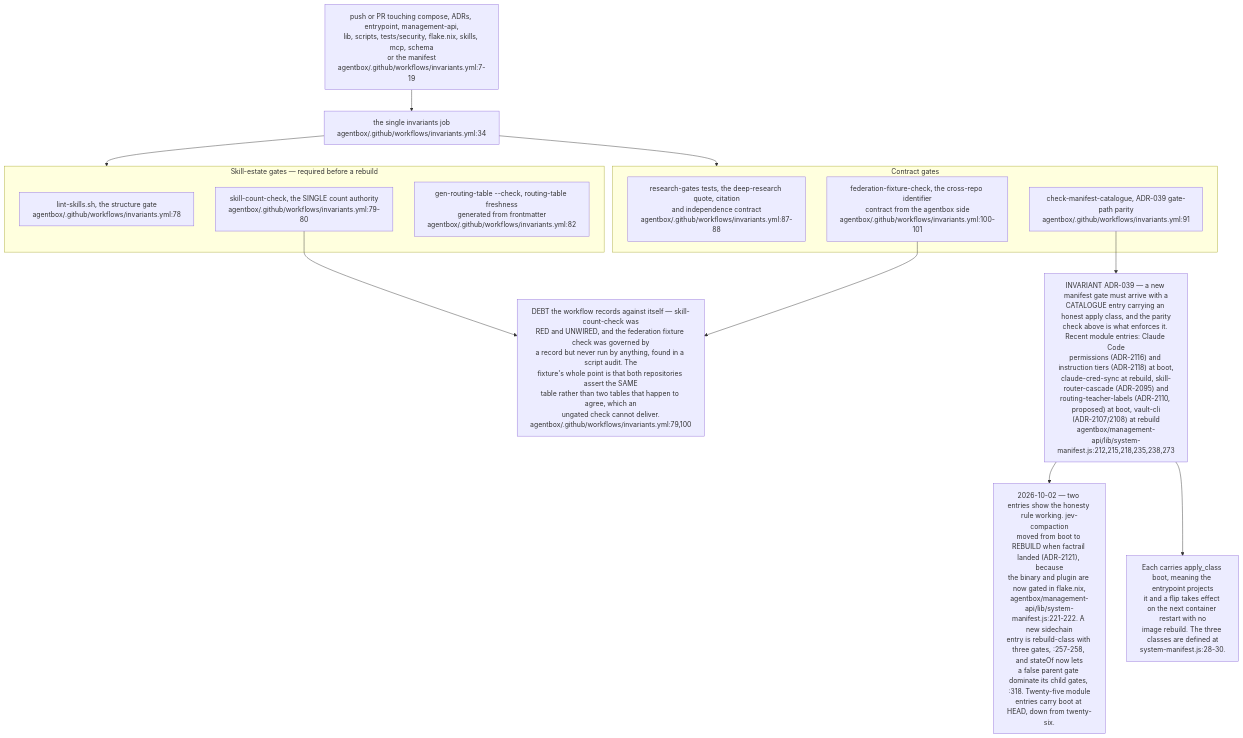
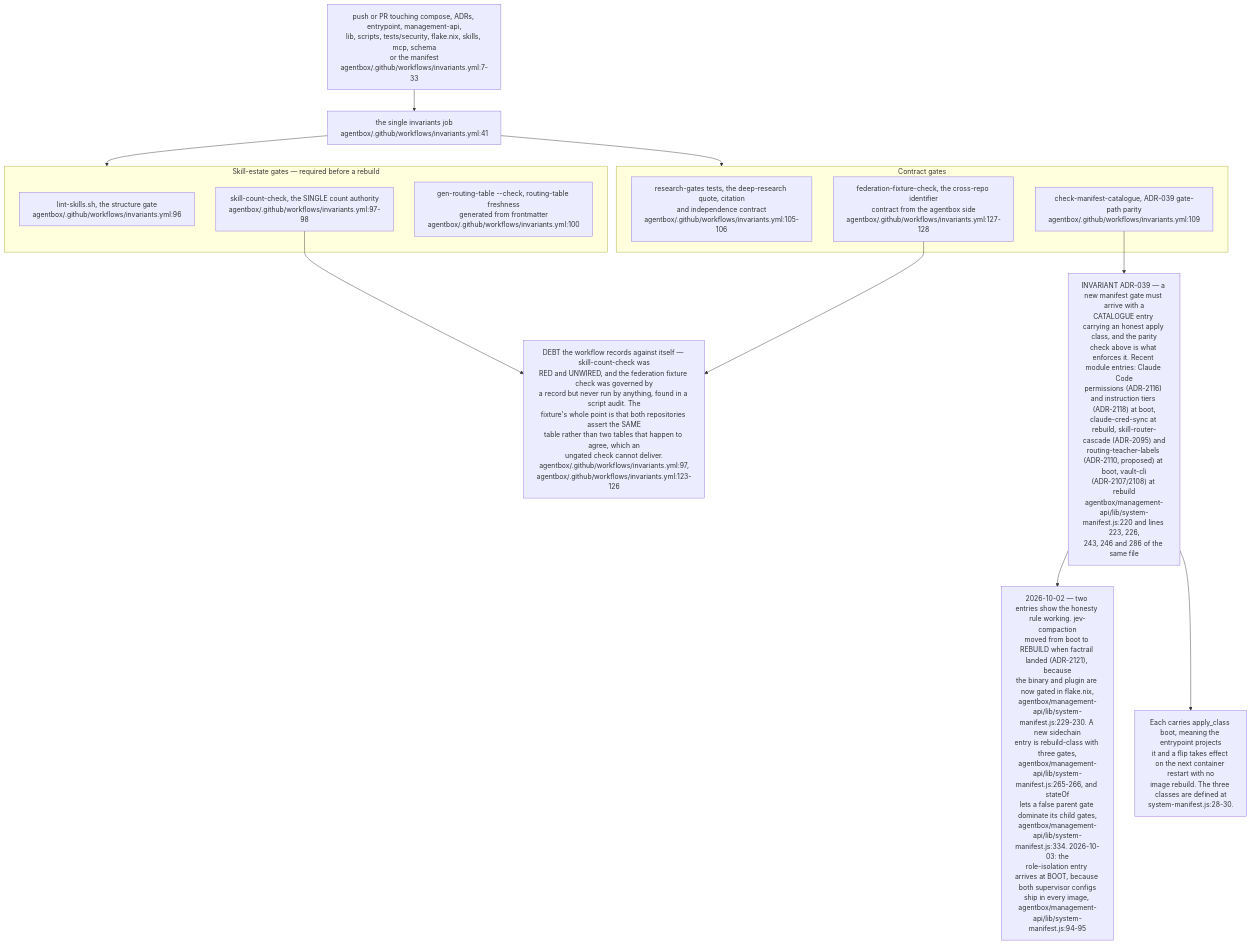
Diagram 22 of 24 in docs/diagrams/estate/09-build-deploy-and-ci-estate.md (DreamLab-AI/VisionFlow), drawn with Mermaid before and after one commit. The commit also changed other lines of this file and 14 other files, not shown here.

First line of the commit message:
docs(diagrams): custody role isolation — new AB-36, re-stamp 11 topics at the custody integration head

````diff
--- a/docs/diagrams/estate/09-build-deploy-and-ci-estate.md
+++ b/docs/diagrams/estate/09-build-deploy-and-ci-estate.md
@@ -716,32 +735,32 @@
 ```mermaid
 flowchart TB
-    TRIG["push or PR touching compose, ADRs, entrypoint, management-api,<br/>lib, scripts, tests/security, flake.nix, skills, mcp, schema<br/>or the manifest<br/>agentbox/.github/workflows/invariants.yml:7-19"]
-    JOB["the single invariants job<br/>agentbox/.github/workflows/invariants.yml:34"]
+    TRIG["push or PR touching compose, ADRs, entrypoint, management-api,<br/>lib, scripts, tests/security, flake.nix, skills, mcp, schema<br/>or the manifest<br/>agentbox/.github/workflows/invariants.yml:7-33"]
+    JOB["the single invariants job<br/>agentbox/.github/workflows/invariants.yml:41"]
     TRIG --> JOB
 
     subgraph SKILLS["Skill-estate gates — required before a rebuild"]
-        S1["lint-skills.sh, the structure gate<br/>agentbox/.github/workflows/invariants.yml:78"]
-        S2["skill-count-check, the SINGLE count authority<br/>agentbox/.github/workflows/invariants.yml:79-80"]
-        S3["gen-routing-table --check, routing-table freshness<br/>generated from frontmatter<br/>agentbox/.github/workflows/invariants.yml:82"]
+        S1["lint-skills.sh, the structure gate<br/>agentbox/.github/workflows/invariants.yml:96"]
+        S2["skill-count-check, the SINGLE count authority<br/>agentbox/.github/workflows/invariants.yml:97-98"]
+        S3["gen-routing-table --check, routing-table freshness<br/>generated from frontmatter<br/>agentbox/.github/workflows/invariants.yml:100"]
     end
     JOB --> SKILLS
 
     subgraph CONTRACT["Contract gates"]
-        C1["research-gates tests, the deep-research quote, citation<br/>and independence contract<br/>agentbox/.github/workflows/invariants.yml:87-88"]
-        C2["check-manifest-catalogue, ADR-039 gate-path parity<br/>agentbox/.github/workflows/invariants.yml:91"]
-        C3["federation-fixture-check, the cross-repo identifier<br/>contract from the agentbox side<br/>agentbox/.github/workflows/invariants.yml:100-101"]
+        C1["research-gates tests, the deep-research quote, citation<br/>and independence contract<br/>agentbox/.github/workflows/invariants.yml:105-106"]
+        C2["check-manifest-catalogue, ADR-039 gate-path parity<br/>agentbox/.github/workflows/invariants.yml:109"]
+        C3["federation-fixture-check, the cross-repo identifier<br/>contract from the agentbox side<br/>agentbox/.github/workflows/invariants.yml:127-128"]
     end
     JOB --> CONTRACT
 
-    DEBT["DEBT the workflow records against itself — skill-count-check was<br/>RED and UNWIRED, and the federation fixture check was governed by<br/>a record but never run by anything, found in a script audit. The<br/>fixture's whole point is that both repositories assert the SAME<br/>table rather than two tables that happen to agree, which an<br/>ungated check cannot deliver.<br/>agentbox/.github/workflows/invariants.yml:79,100"]
+    DEBT["DEBT the workflow records against itself — skill-count-check was<br/>RED and UNWIRED, and the federation fixture check was governed by<br/>a record but never run by anything, found in a script audit. The<br/>fixture's whole point is that both repositories assert the SAME<br/>table rather than two tables that happen to agree, which an<br/>ungated check cannot deliver.<br/>agentbox/.github/workflows/invariants.yml:97,<br/>agentbox/.github/workflows/invariants.yml:123-126"]
     S2 --> DEBT
     C3 --> DEBT
 
-    CAT["INVARIANT ADR-039 — a new manifest gate must arrive with a<br/>CATALOGUE entry carrying an honest apply class, and the parity<br/>check above is what enforces it. Recent module entries: Claude Code<br/>permissions (ADR-2116) and instruction tiers (ADR-2118) at boot,<br/>claude-cred-sync at rebuild, skill-router-cascade (ADR-2095) and<br/>routing-teacher-labels (ADR-2110, proposed) at boot, vault-cli<br/>(ADR-2107/2108) at rebuild<br/>agentbox/management-api/lib/system-manifest.js:212,215,218,235,238,273"]
-    HONEST["2026-10-02 — two entries show the honesty rule working. jev-compaction<br/>moved from boot to REBUILD when factrail landed (ADR-2121), because<br/>the binary and plugin are now gated in flake.nix,<br/>agentbox/management-api/lib/system-manifest.js:221-222. A new sidechain<br/>entry is rebuild-class with three gates, :257-258, and stateOf now lets<br/>a false parent gate dominate its child gates, :318. Twenty-five module<br/>entries carry boot at HEAD, down from twenty-six."]
+    CAT["INVARIANT ADR-039 — a new manifest gate must arrive with a<br/>CATALOGUE entry carrying an honest apply class, and the parity<br/>check above is what enforces it. Recent module entries: Claude Code<br/>permissions (ADR-2116) and instruction tiers (ADR-2118) at boot,<br/>claude-cred-sync at rebuild, skill-router-cascade (ADR-2095) and<br/>routing-teacher-labels (ADR-2110, proposed) at boot, vault-cli<br/>(ADR-2107/2108) at rebuild<br/>agentbox/management-api/lib/system-manifest.js:220 and lines 223, 226,<br/>243, 246 and 286 of the same file"]
+    HONEST["2026-10-02 — two entries show the honesty rule working. jev-compaction<br/>moved from boot to REBUILD when factrail landed (ADR-2121), because<br/>the binary and plugin are now gated in flake.nix,<br/>agentbox/management-api/lib/system-manifest.js:229-230. A new sidechain<br/>entry is rebuild-class with three gates,<br/>agentbox/management-api/lib/system-manifest.js:265-266, and stateOf<br/>lets a false parent gate dominate its child gates,<br/>agentbox/management-api/lib/system-manifest.js:334. 2026-10-03: the<br/>role-isolation entry arrives at BOOT, because both supervisor configs<br/>ship in every image, agentbox/management-api/lib/system-manifest.js:94-95"]
     CAT --> HONEST
     C2 --> CAT
 
     CLASS["Each carries apply_class boot, meaning the entrypoint projects<br/>it and a flip takes effect on the next container restart with no<br/>image rebuild. The three classes are defined at<br/>system-manifest.js:28-30."]
     CAT --> CLASS
 ```
````
